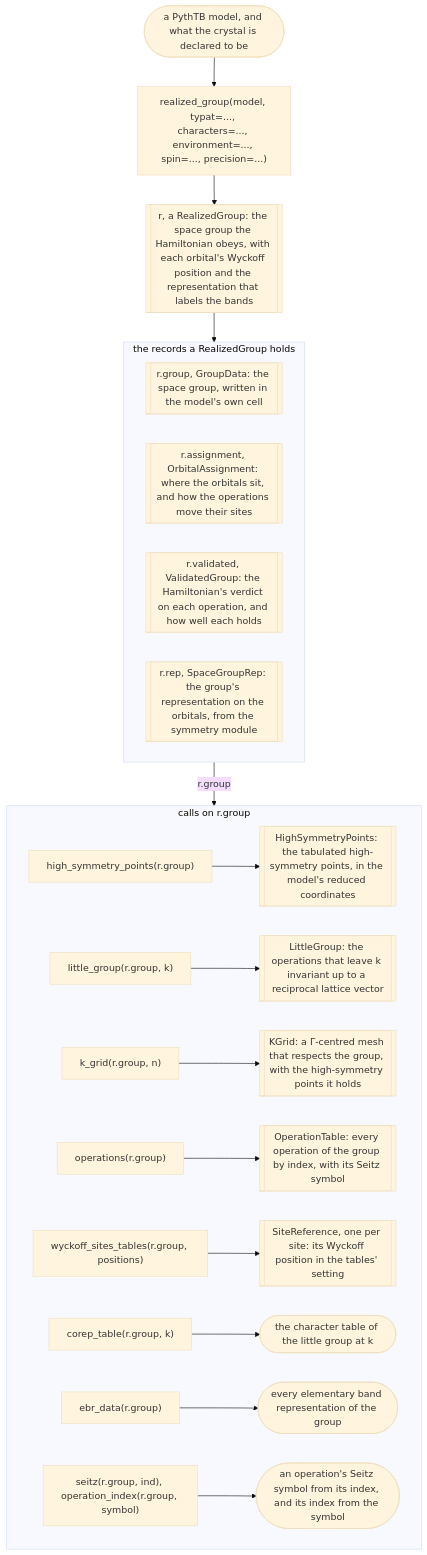
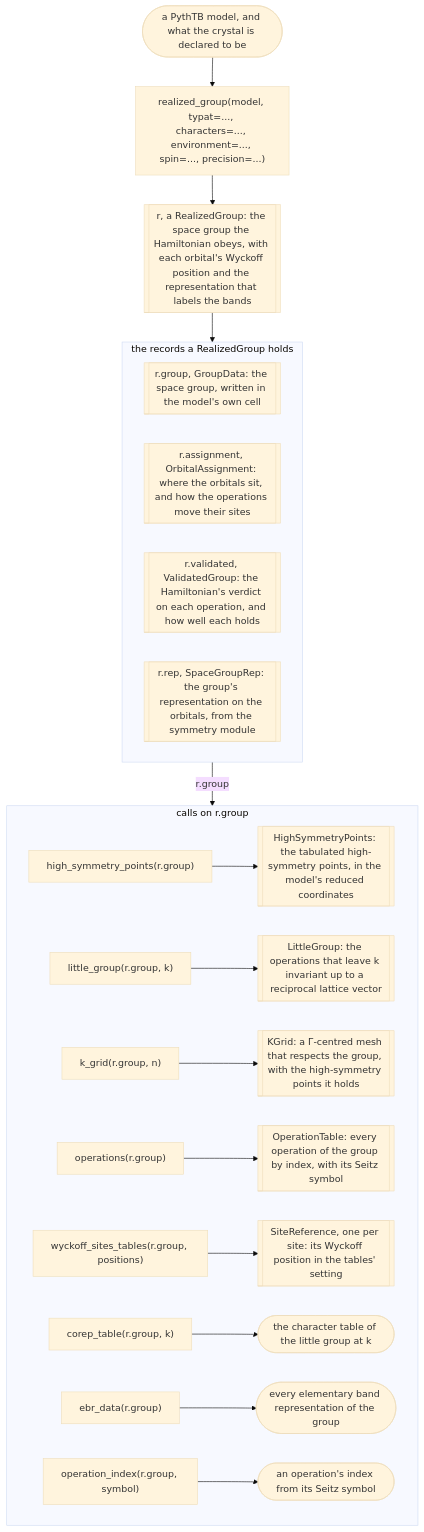
The second of 8 diagrams in docs/background/modules.md (bbradlyn/pythtqc), drawn with Mermaid (base theme) before and after one commit. The commit also changed 79 other files, not shown here.

First line of the commit message:
pythtqc: the group shows five fields, every lookup takes the group, and a k-point can be given by its name

````diff
--- a/docs/background/modules.md
+++ b/docs/background/modules.md
@@ -68,30 +68,30 @@
 ```mermaid
 flowchart TD
     g_model(["a PythTB model, and what the crystal is declared to be"])
     g_realized["realized_group(model, typat=..., characters=..., environment=..., spin=..., precision=...)"]
     g_r[["r, a RealizedGroup: the space group the Hamiltonian obeys, with each orbital's Wyckoff position and the representation that labels the bands"]]
 
     g_model --> g_realized --> g_r
     g_r --> g_fields
     g_fields -- "r.group" --> g_tables
 
     subgraph g_fields ["the records a RealizedGroup holds"]
         direction LR
         g_group[["r.group, GroupData: the space group, written in the model's own cell"]]
         g_assignment[["r.assignment, OrbitalAssignment: where the orbitals sit, and how the operations move their sites"]]
         g_validated[["r.validated, ValidatedGroup: the Hamiltonian's verdict on each operation, and how well each holds"]]
         g_rep[["r.rep, SpaceGroupRep: the group's representation on the orbitals, from the symmetry module"]]
     end
 
     subgraph g_tables ["calls on r.group"]
         direction LR
         g_hsp["high_symmetry_points(r.group)"] --> g_hsp_out[["HighSymmetryPoints: the tabulated high-symmetry points, in the model's reduced coordinates"]]
         g_lg["little_group(r.group, k)"] --> g_lg_out[["LittleGroup: the operations that leave k invariant up to a reciprocal lattice vector"]]
         g_kg["k_grid(r.group, n)"] --> g_kg_out[["KGrid: a Γ-centred mesh that respects the group, with the high-symmetry points it holds"]]
         g_ops["operations(r.group)"] --> g_ops_out[["OperationTable: every operation of the group by index, with its Seitz symbol"]]
         g_sites["wyckoff_sites_tables(r.group, positions)"] --> g_sites_out[["SiteReference, one per site: its Wyckoff position in the tables' setting"]]
         g_ct["corep_table(r.group, k)"] --> g_ct_out(["the character table of the little group at k"])
         g_ed["ebr_data(r.group)"] --> g_ed_out(["every elementary band representation of the group"])
-        g_seitz["seitz(r.group, ind), operation_index(r.group, symbol)"] --> g_seitz_out(["an operation's Seitz symbol from its index, and its index from the symbol"])
+        g_seitz["operation_index(r.group, symbol)"] --> g_seitz_out(["an operation's index from its Seitz symbol"])
     end
 ```
````
